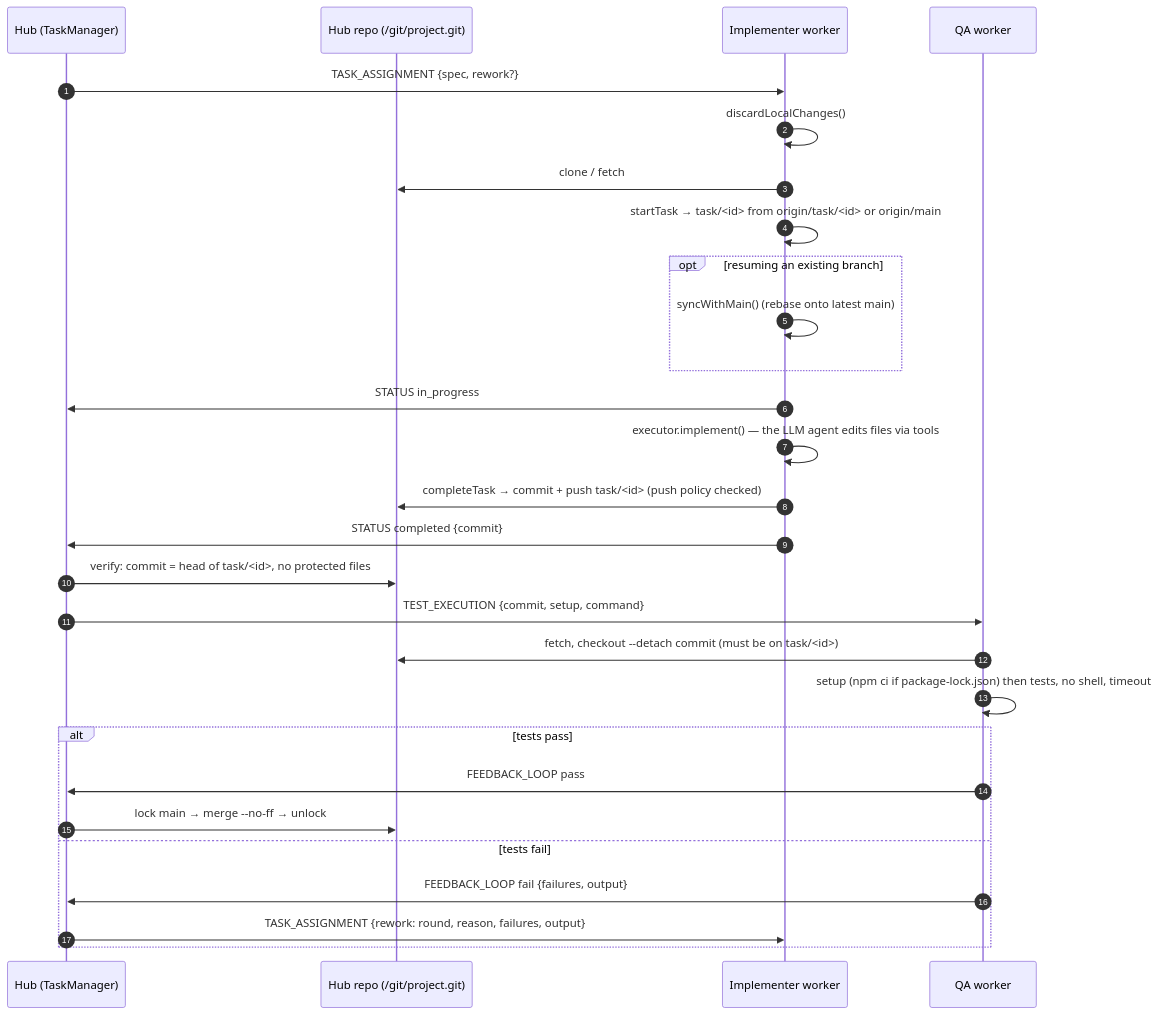
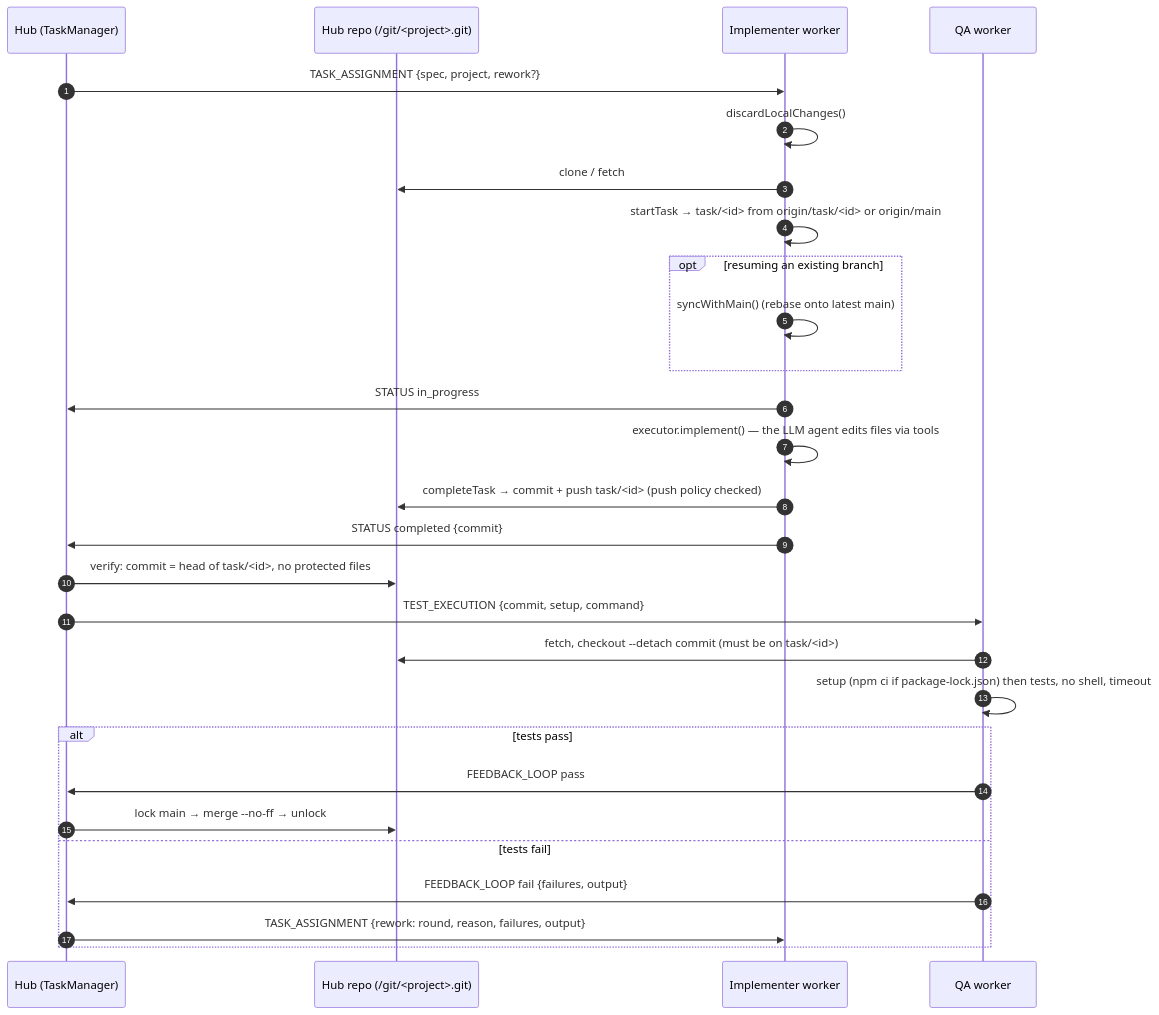
Before and after one commit to Sys64k/ai-swarm-orchestrator: the ninth of 16 diagrams in ARCHITECTURE.md, drawn with Mermaid. The commit also changed other lines of this file and 26 other files, not shown here.

````diff
--- a/ARCHITECTURE.md
+++ b/ARCHITECTURE.md
@@ -497,31 +504,31 @@
 ```mermaid
 sequenceDiagram
   autonumber
   participant H as Hub (TaskManager)
-  participant R as Hub repo (/git/project.git)
+  participant R as Hub repo (/git/<project>.git)
   participant W as Implementer worker
   participant Q as QA worker
 
-  H->>W: TASK_ASSIGNMENT {spec, rework?}
+  H->>W: TASK_ASSIGNMENT {spec, project, rework?}
   W->>W: discardLocalChanges()
   W->>R: clone / fetch
   W->>W: startTask → task/<id> from origin/task/<id> or origin/main
   opt resuming an existing branch
     W->>W: syncWithMain() (rebase onto latest main)
   end
   W->>H: STATUS in_progress
   W->>W: executor.implement() — the LLM agent edits files via tools
   W->>R: completeTask → commit + push task/<id> (push policy checked)
   W->>H: STATUS completed {commit}
   H->>R: verify: commit = head of task/<id>, no protected files
   H->>Q: TEST_EXECUTION {commit, setup, command}
   Q->>R: fetch, checkout --detach commit (must be on task/<id>)
   Q->>Q: setup (npm ci if package-lock.json) then tests, no shell, timeout
   alt tests pass
     Q->>H: FEEDBACK_LOOP pass
     H->>R: lock main → merge --no-ff → unlock
   else tests fail
     Q->>H: FEEDBACK_LOOP fail {failures, output}
     H->>W: TASK_ASSIGNMENT {rework: round, reason, failures, output}
   end
 ```
````
